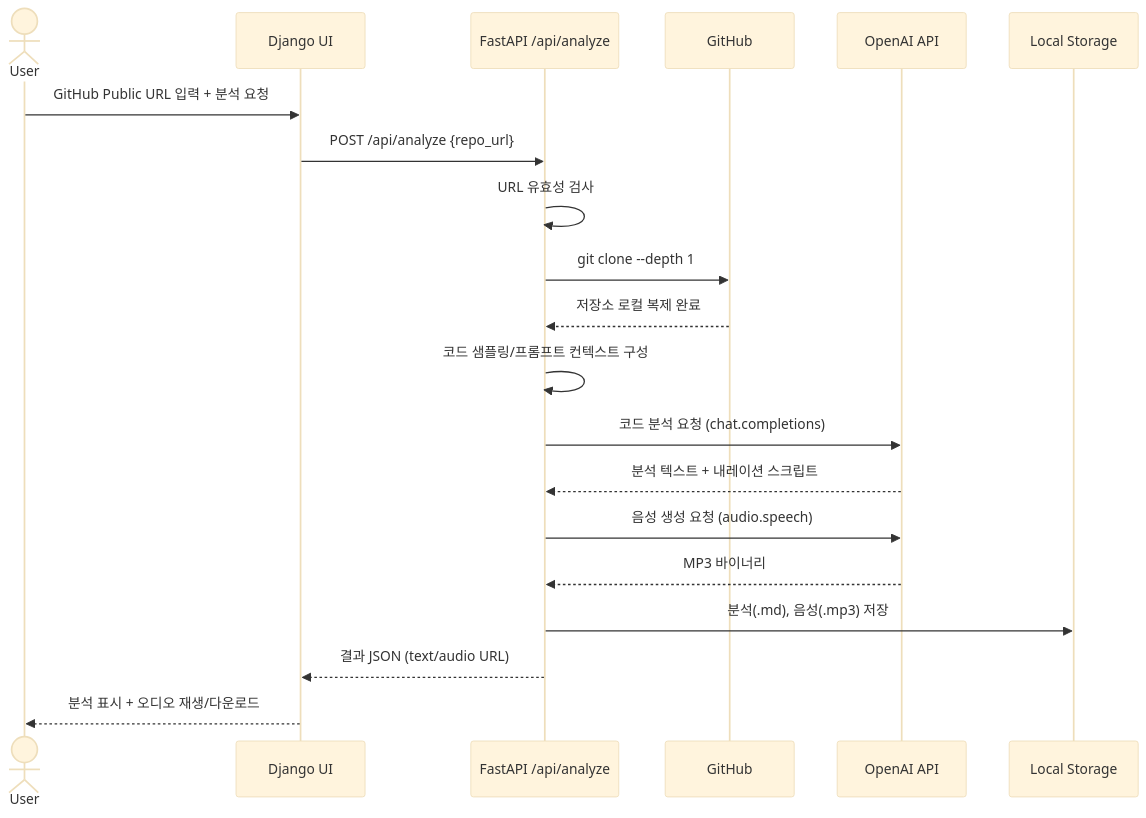
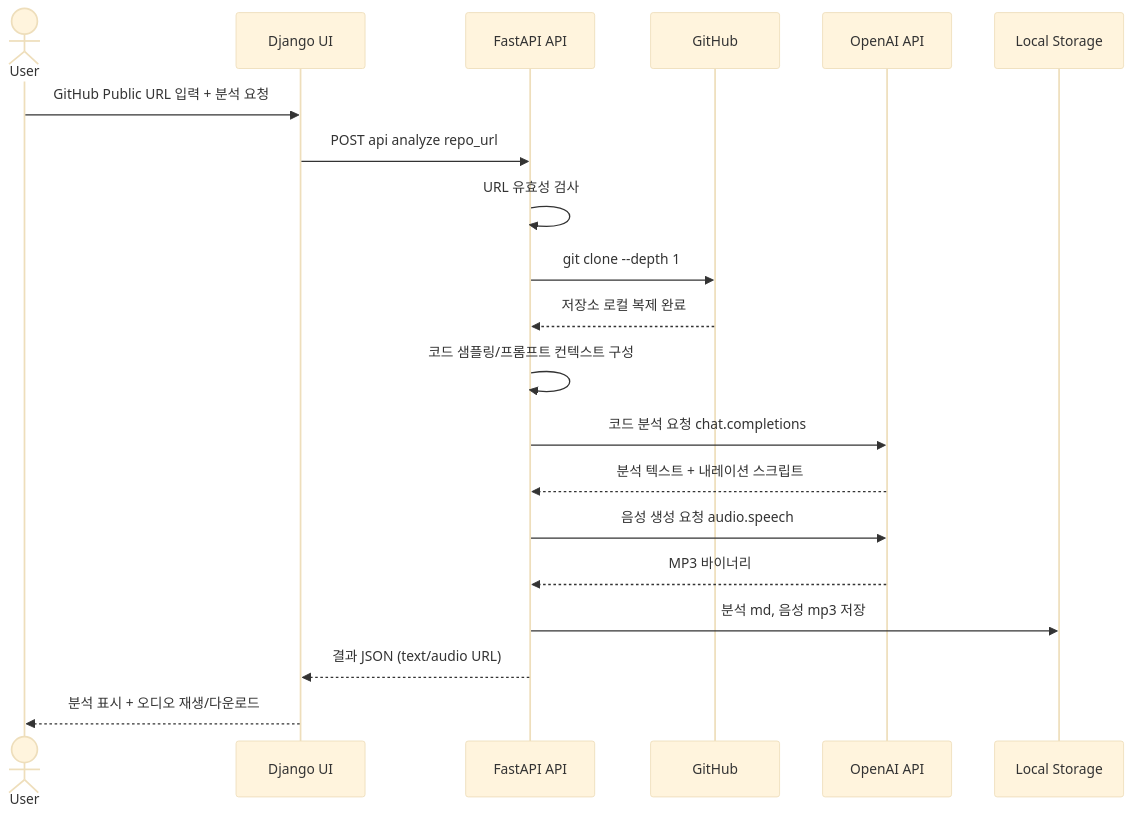
The second of 2 diagrams in README.md (edumgt/Python-Google-TTS), drawn with Mermaid (base theme) before and after one commit. The commit also changed other lines of this file and 3 other files, not shown here.

````diff
--- a/README.md
+++ b/README.md
@@ -50,23 +50,23 @@
 ```mermaid
 sequenceDiagram
     actor U as User
     participant D as Django UI
-    participant F as FastAPI /api/analyze
+    participant F as FastAPI API
     participant G as GitHub
     participant O as OpenAI API
     participant S as Local Storage
 
     U->>D: GitHub Public URL 입력 + 분석 요청
-    D->>F: POST /api/analyze {repo_url}
+    D->>F: POST api analyze repo_url
     F->>F: URL 유효성 검사
     F->>G: git clone --depth 1
     G-->>F: 저장소 로컬 복제 완료
     F->>F: 코드 샘플링/프롬프트 컨텍스트 구성
-    F->>O: 코드 분석 요청 (chat.completions)
+    F->>O: 코드 분석 요청 chat.completions
     O-->>F: 분석 텍스트 + 내레이션 스크립트
-    F->>O: 음성 생성 요청 (audio.speech)
+    F->>O: 음성 생성 요청 audio.speech
     O-->>F: MP3 바이너리
-    F->>S: 분석(.md), 음성(.mp3) 저장
+    F->>S: 분석 md, 음성 mp3 저장
     F-->>D: 결과 JSON (text/audio URL)
     D-->>U: 분석 표시 + 오디오 재생/다운로드
 ```
````
